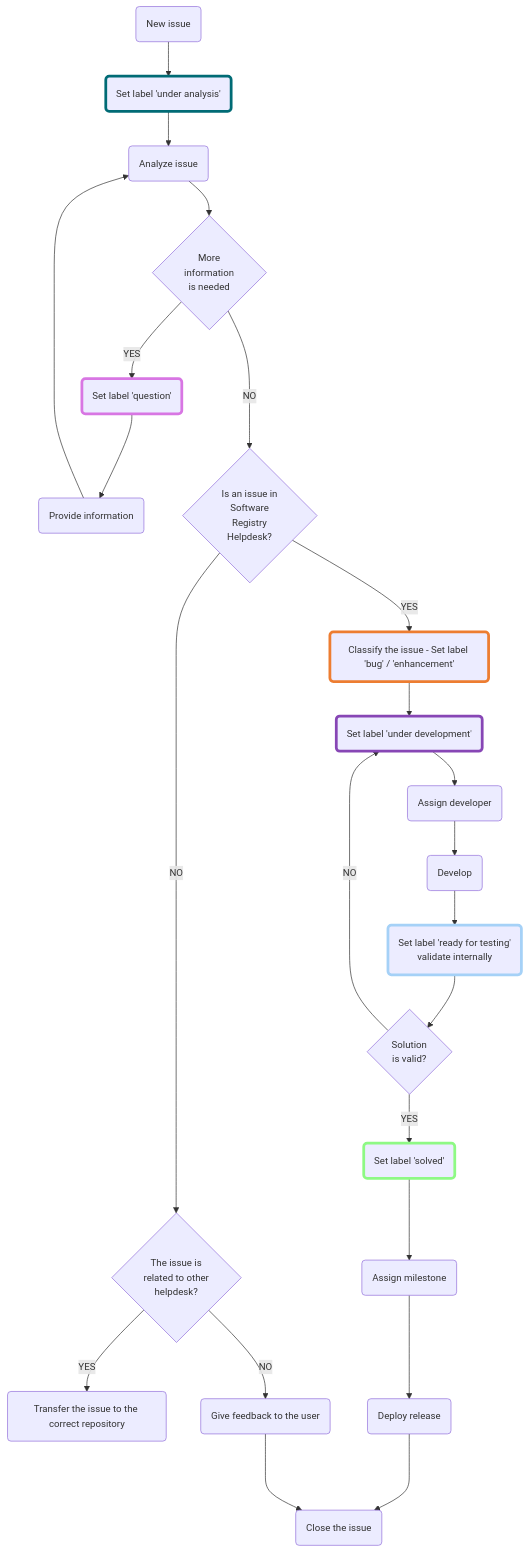
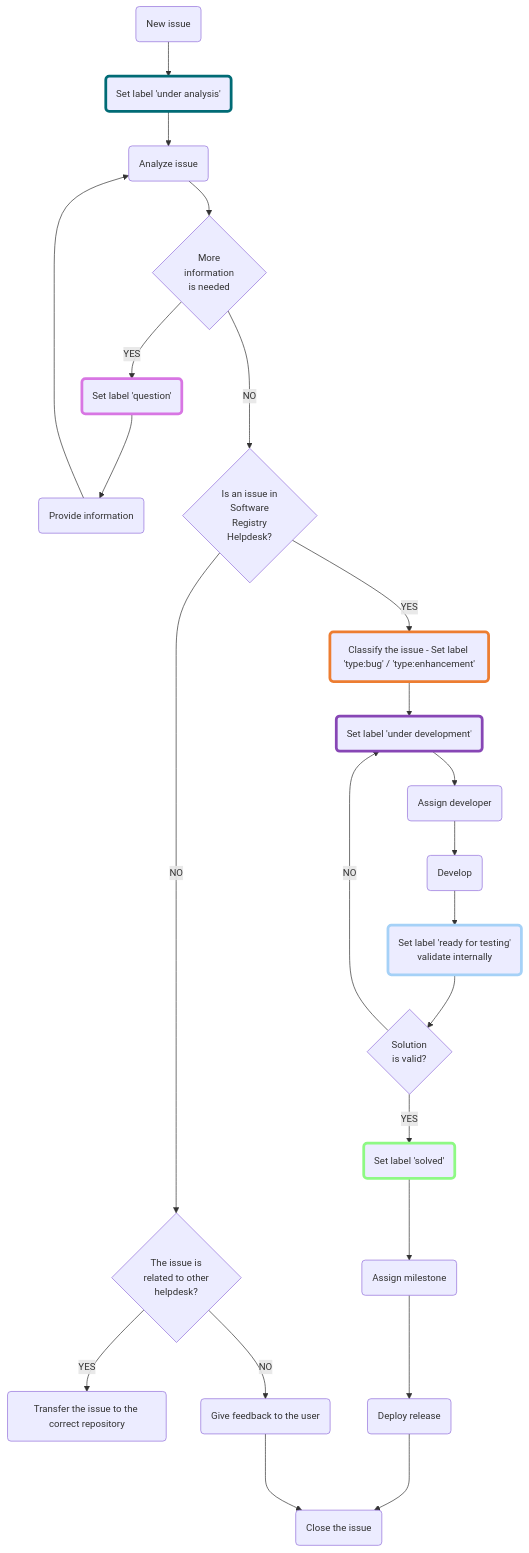
The diagram in helpdesk-management/README.md (ec-jrc/re3gistry), drawn with Mermaid before and after one commit. The commit also changed other lines of this file, not shown here.

First line of the commit message:
Change in labels to add Type prefix

```diff
--- a/helpdesk-management/README.md
+++ b/helpdesk-management/README.md
@@ -62,7 +62,7 @@
 feedbackUser("Give feedback to the user")
 
 %% CLASSIFY THE ISSUE ... [NODE]
-classifyIssue("Classify the issue - Set label 'bug' / 'enhancement'")
+classifyIssue("Classify the issue - Set label 'type:bug' / 'type:enhancement'")
 style classifyIssue stroke-width:4px,stroke:#ed7d31
 
 %% SET LABEL UNDER DEVELOPMENT [NODE]
```
